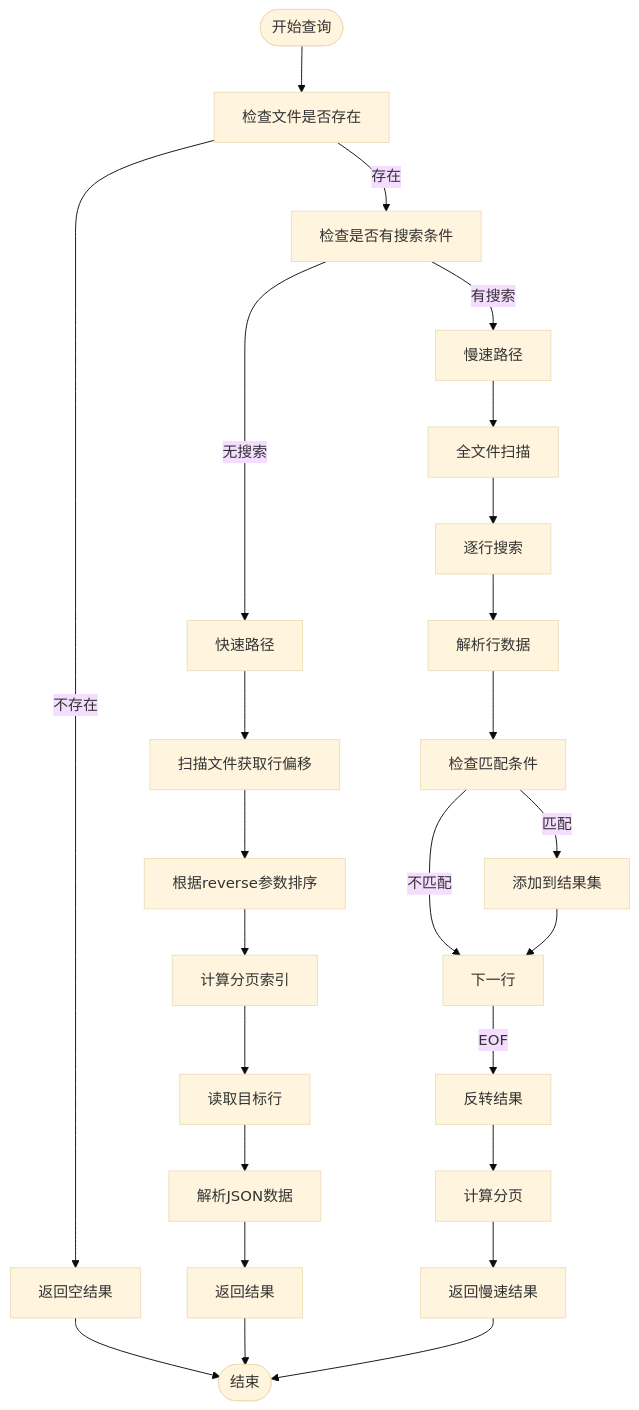
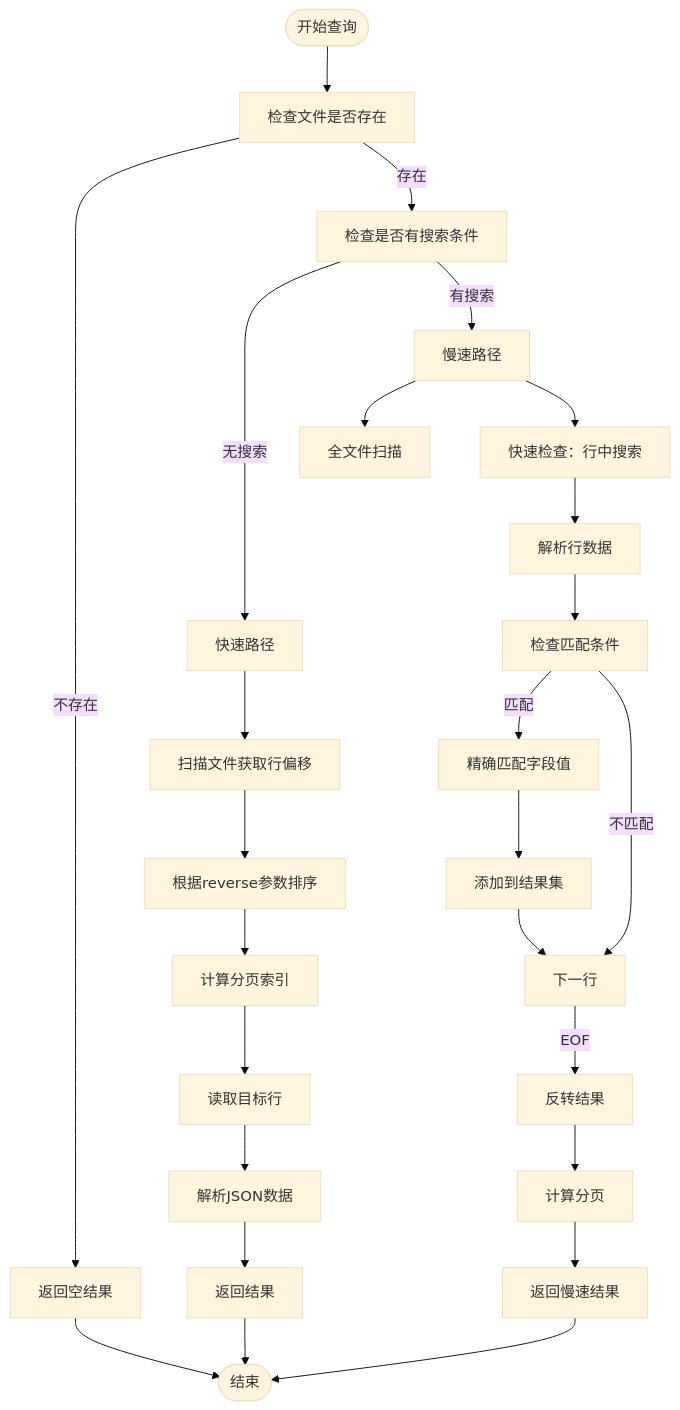
Before and after one commit to qq20739111/weilushishe-lishitai: the fifth of 11 diagrams in .qoder/repowiki/zh/content/数据管理/JSONL数据库系统.md, drawn with Mermaid (base theme). The commit also changed other lines of this file and 23 other files, not shown here.

````diff
--- a/.qoder/repowiki/zh/content/数据管理/JSONL数据库系统.md
+++ b/.qoder/repowiki/zh/content/数据管理/JSONL数据库系统.md
@@ -231,27 +213,28 @@
 ```mermaid
 flowchart TD
 Start([开始查询]) --> CheckFile["检查文件是否存在"]
 CheckFile --> |不存在| ReturnEmpty["返回空结果"]
 CheckFile --> |存在| CheckSearch["检查是否有搜索条件"]
 CheckSearch --> |无搜索| FastPath["快速路径"]
 CheckSearch --> |有搜索| SlowPath["慢速路径"]
 FastPath --> ScanLines["扫描文件获取行偏移"]
 ScanLines --> ReverseOrder["根据reverse参数排序"]
 ReverseOrder --> CalcPagination["计算分页索引"]
 CalcPagination --> ReadTarget["读取目标行"]
 ReadTarget --> ParseJSON["解析JSON数据"]
 ParseJSON --> ReturnResult["返回结果"]
 SlowPath --> ScanFull["全文件扫描"]
-ScanFull --> SearchLoop["逐行搜索"]
-SearchLoop --> ParseLine["解析行数据"]
+SlowPath --> QuickCheck["快速检查：行中搜索"]
+QuickCheck --> ParseLine["解析行数据"]
 ParseLine --> CheckMatch["检查匹配条件"]
-CheckMatch --> |匹配| AddToResults["添加到结果集"]
+CheckMatch --> |匹配| PreciseMatch["精确匹配字段值"]
+PreciseMatch --> AddToResults["添加到结果集"]
 CheckMatch --> |不匹配| NextLine["下一行"]
 AddToResults --> NextLine
 NextLine --> |EOF| ReverseSlow["反转结果"]
 ReverseSlow --> CalcSlowPagination["计算分页"]
 CalcSlowPagination --> ReturnSlow["返回慢速结果"]
 ReturnEmpty --> End([结束])
 ReturnResult --> End
 ReturnSlow --> End
 ```
````
